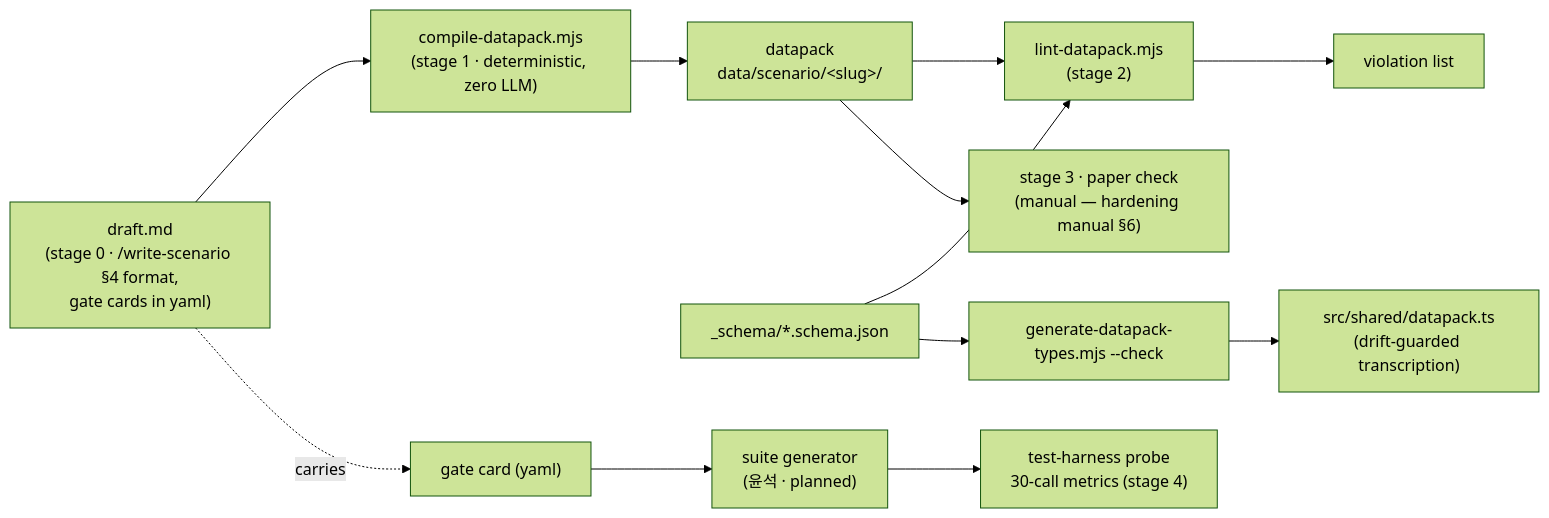
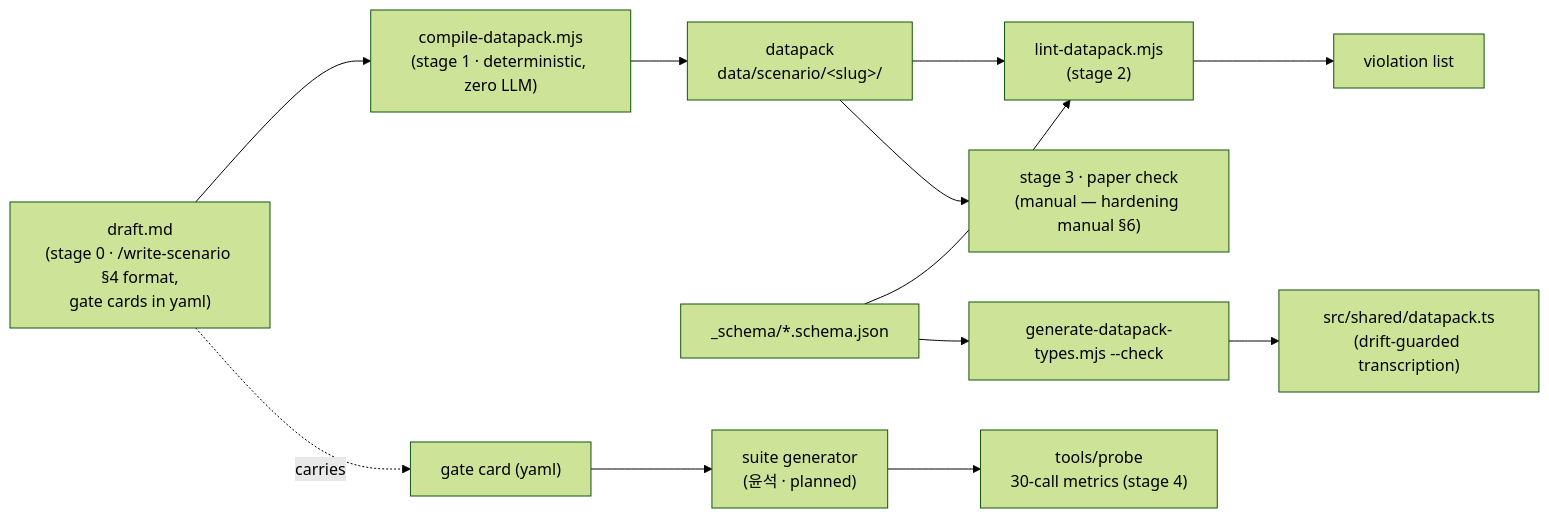
The second of 4 diagrams in docs/architecture-map.md (alstjgg/nhn-game-2026), drawn with Mermaid (forest theme) before and after one commit. The commit also changed other lines of this file and 3 other files, not shown here.

````diff
--- a/docs/architecture-map.md
+++ b/docs/architecture-map.md
@@ -135,21 +135,21 @@
 ```mermaid
 flowchart LR
   DRAFT["draft.md<br/>(stage 0 · /write-scenario §4 format,<br/>gate cards in yaml)"]
   COMPILE["compile-datapack.mjs<br/>(stage 1 · deterministic, zero LLM)"]
   PACKF["datapack<br/>data/scenario/&lt;slug&gt;/"]
   LINT["lint-datapack.mjs<br/>(stage 2)"]
   VIOL["violation list"]
   SCH["_schema/*.schema.json"]
   GEN["generate-datapack-types.mjs --check"]
   TS["src/shared/datapack.ts<br/>(drift-guarded transcription)"]
   PAPER["stage 3 · paper check<br/>(manual — hardening manual §6)"]
   GATE["gate card (yaml)"]
   SUITE["suite generator<br/>(윤석 · planned)"]
-  HARNESS["test-harness probe<br/>30-call metrics (stage 4)"]
+  HARNESS["tools/probe<br/>30-call metrics (stage 4)"]
 
   DRAFT --> COMPILE --> PACKF --> LINT --> VIOL
   SCH --> LINT
   SCH --> GEN --> TS
   PACKF --> PAPER
   DRAFT -. carries .-> GATE --> SUITE --> HARNESS
 ```
````
